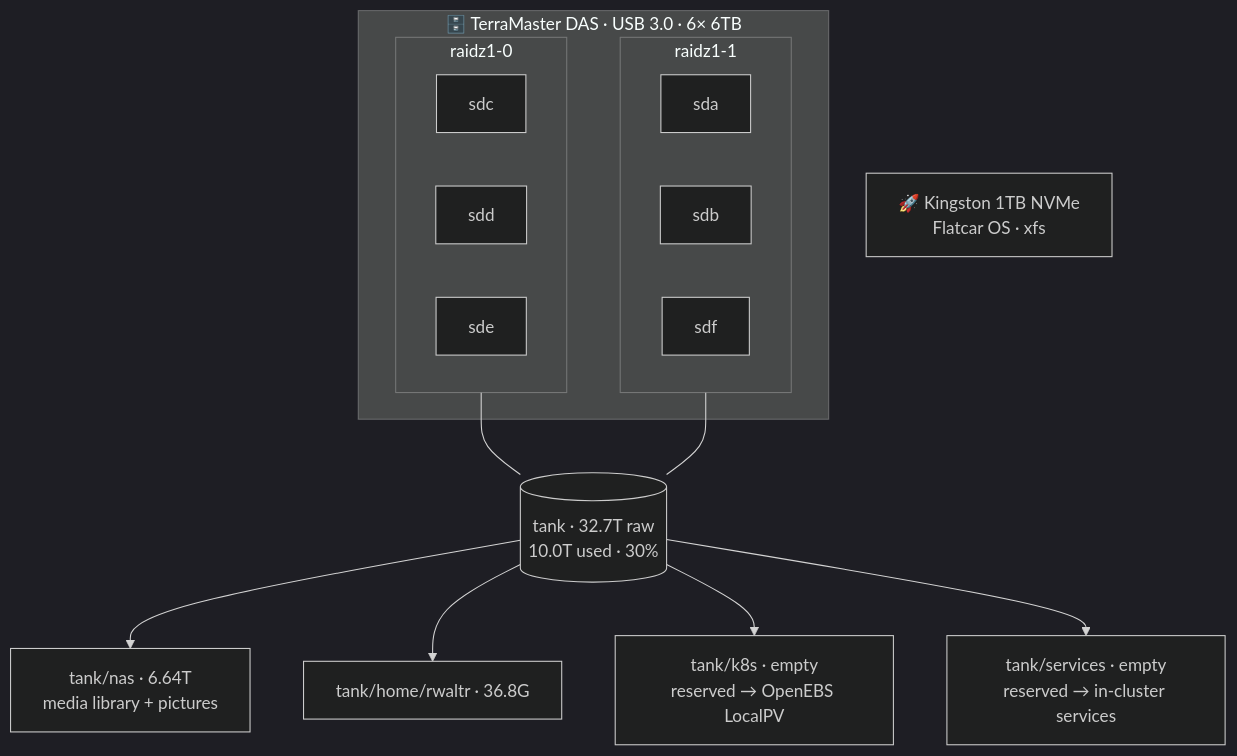
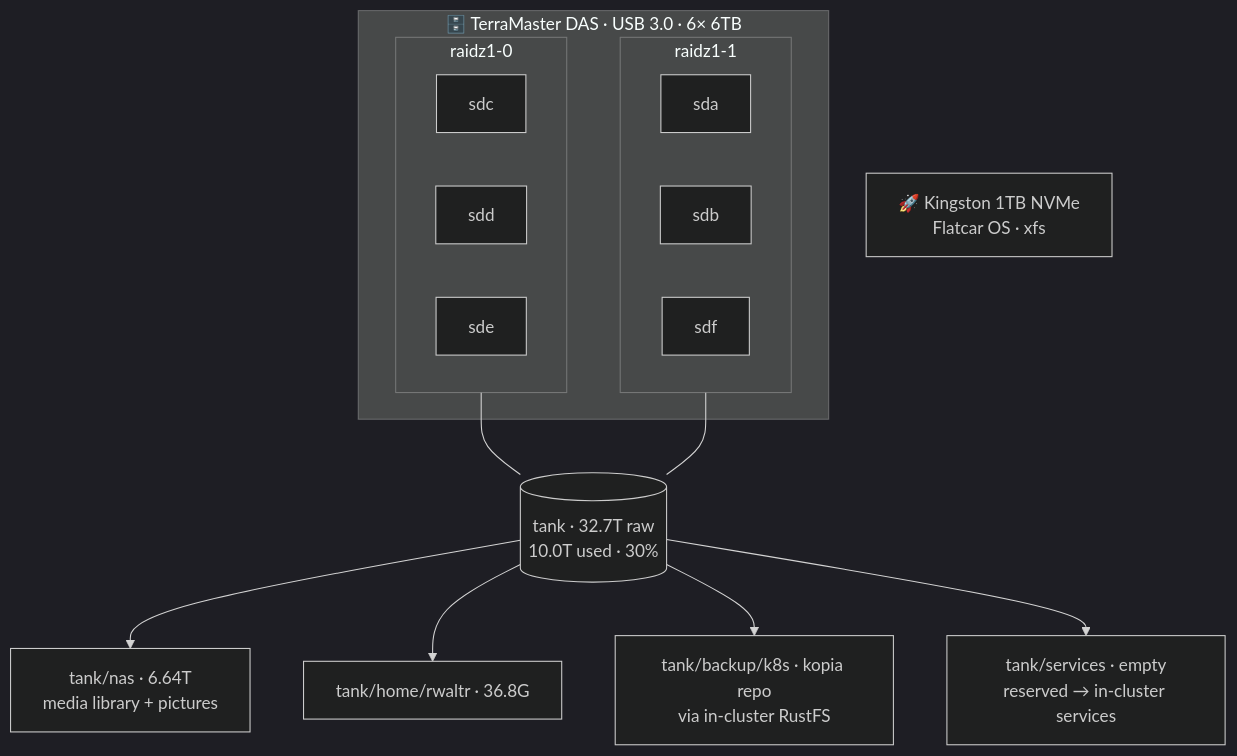
One commit to rwaltr/home-ops changed the second of 2 diagrams in README.md. Above: the diagram before and after it, drawn with Mermaid (dark theme). The commit also changed other lines of this file and 2 other files, not shown here.

First line of the commit message:
docs: backup stack e2e-validated, update storage/backup documentation

````diff
--- a/README.md
+++ b/README.md
@@ -150,24 +158,24 @@
 ```mermaid
 flowchart TD
     nvme["🚀 Kingston 1TB NVMe<br/>Flatcar OS · xfs"]
 
     subgraph das["🗄️ TerraMaster DAS · USB 3.0 · 6× 6TB"]
         subgraph rz0["raidz1-0"]
             sdc["sdc"]
             sdd["sdd"]
             sde["sde"]
         end
         subgraph rz1["raidz1-1"]
             sda["sda"]
             sdb["sdb"]
             sdf["sdf"]
         end
     end
 
     rz0 & rz1 --- tank[("tank · 32.7T raw<br/>10.0T used · 30%")]
 
     tank --> nas["tank/nas · 6.64T<br/>media library + pictures"]
     tank --> home["tank/home/rwaltr · 36.8G"]
-    tank --> k8s["tank/k8s · empty<br/>reserved → OpenEBS LocalPV"]
+    tank --> backup["tank/backup/k8s · kopia repo<br/>via in-cluster RustFS"]
     tank --> svc["tank/services · empty<br/>reserved → in-cluster services"]
 ```
````
